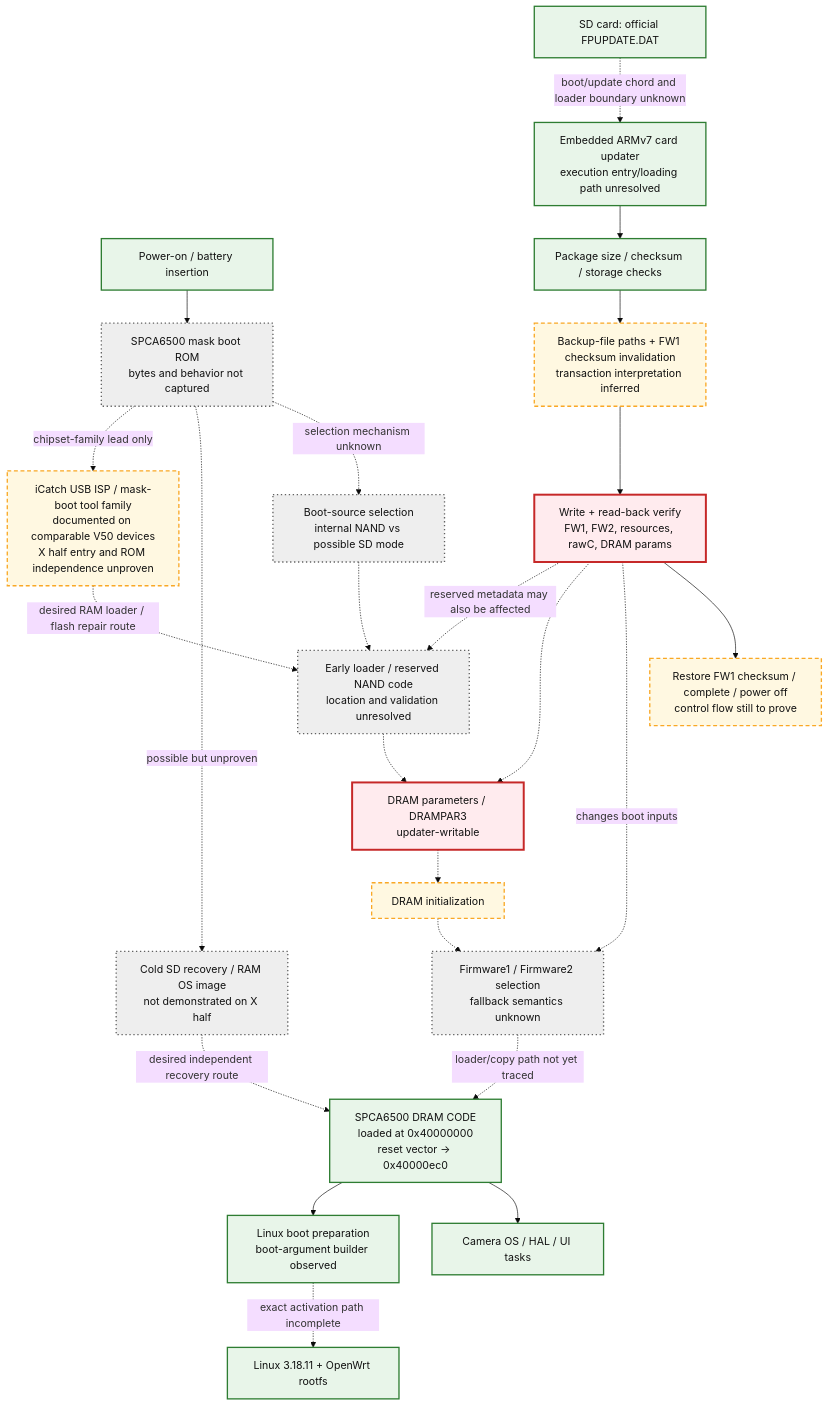
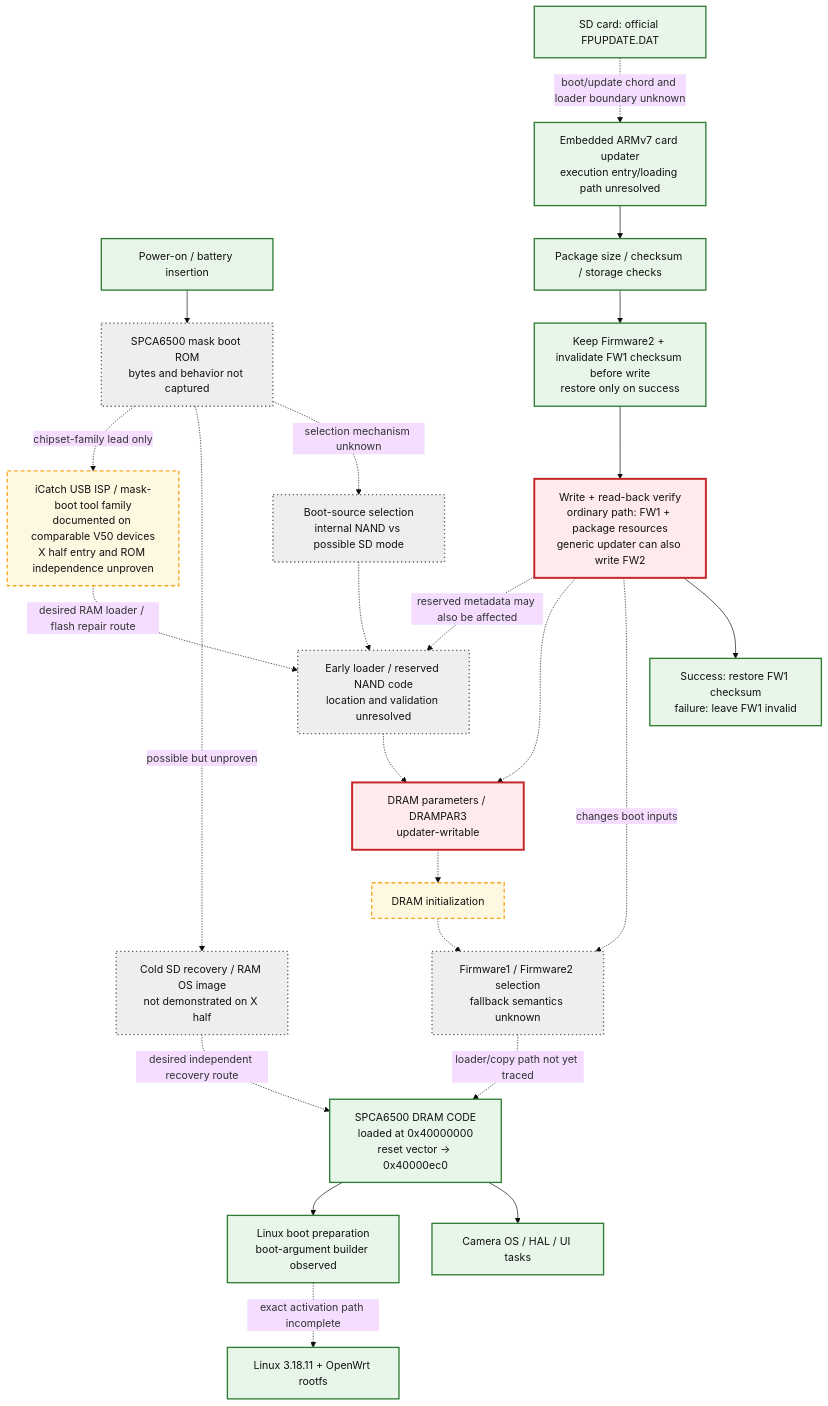
Before and after one commit to yiweig/fujifilm-firmware-playground: the second of 3 diagrams in analysis/hardware-and-boot-diagrams.md, drawn with Mermaid (base theme). The commit also changed 6 other files, not shown here.

Commit message:
Trace Firmware1 transaction and Firmware2 preservation

````diff
--- a/analysis/hardware-and-boot-diagrams.md
+++ b/analysis/hardware-and-boot-diagrams.md
@@ -110,54 +110,54 @@
 ```mermaid
 flowchart TD
   classDef observed fill:#e8f5e9,stroke:#2e7d32,stroke-width:2px,color:#111;
   classDef inferred fill:#fff8e1,stroke:#f9a825,stroke-width:2px,stroke-dasharray:6 4,color:#111;
   classDef unknown fill:#eeeeee,stroke:#616161,stroke-width:2px,stroke-dasharray:2 4,color:#111;
   classDef critical fill:#ffebee,stroke:#c62828,stroke-width:3px,color:#111;
 
   power["Power-on / battery insertion"]:::observed
   rom["SPCA6500 mask boot ROM<br/>bytes and behavior not captured"]:::unknown
   source["Boot-source selection<br/>internal NAND vs possible SD mode"]:::unknown
   early["Early loader / reserved NAND code<br/>location and validation unresolved"]:::unknown
   dramparam["DRAM parameters / DRAMPAR3<br/>updater-writable"]:::critical
   draminit["DRAM initialization"]:::inferred
   choose["Firmware1 / Firmware2 selection<br/>fallback semantics unknown"]:::unknown
   main["SPCA6500 DRAM CODE<br/>loaded at 0x40000000<br/>reset vector -> 0x40000ec0"]:::observed
   camera["Camera OS / HAL / UI tasks"]:::observed
   linuxboot["Linux boot preparation<br/>boot-argument builder observed"]:::observed
   linux["Linux 3.18.11 + OpenWrt rootfs"]:::observed
 
   power --> rom
   rom -. "selection mechanism unknown" .-> source
   source -.-> early
   early -.-> dramparam
   dramparam -.-> draminit
   draminit -.-> choose
   choose -. "loader/copy path not yet traced" .-> main
   main --> camera
   main --> linuxboot
   linuxboot -. "exact activation path incomplete" .-> linux
 
   updatecard["SD card: official FPUPDATE.DAT"]:::observed
   updater["Embedded ARMv7 card updater<br/>execution entry/loading path unresolved"]:::observed
   checks["Package size / checksum / storage checks"]:::observed
-  backup["Backup-file paths + FW1 checksum invalidation<br/>transaction interpretation inferred"]:::inferred
-  writes["Write + read-back verify<br/>FW1, FW2, resources, rawC, DRAM params"]:::critical
-  finish["Restore FW1 checksum / complete / power off<br/>control flow still to prove"]:::inferred
+  backup["Keep Firmware2 + invalidate FW1 checksum before write<br/>restore only on success"]:::observed
+  writes["Write + read-back verify<br/>ordinary path: FW1 + package resources<br/>generic updater can also write FW2"]:::critical
+  finish["Success: restore FW1 checksum<br/>failure: leave FW1 invalid"]:::observed
 
   updatecard -. "boot/update chord and loader boundary unknown" .-> updater
   updater --> checks
   checks --> backup
   backup --> writes
   writes --> finish
   writes -. "changes boot inputs" .-> choose
   writes -.-> dramparam
   writes -. "reserved metadata may also be affected" .-> early
 
   sdrecovery["Cold SD recovery / RAM OS image<br/>not demonstrated on X half"]:::unknown
   rom -. "possible but unproven" .-> sdrecovery
   sdrecovery -. "desired independent recovery route" .-> main
 
   usbisp["iCatch USB ISP / mask-boot tool family<br/>documented on comparable V50 devices<br/>X half entry and ROM independence unproven"]:::inferred
   rom -. "chipset-family lead only" .-> usbisp
   usbisp -. "desired RAM loader / flash repair route" .-> early
 ```
````
